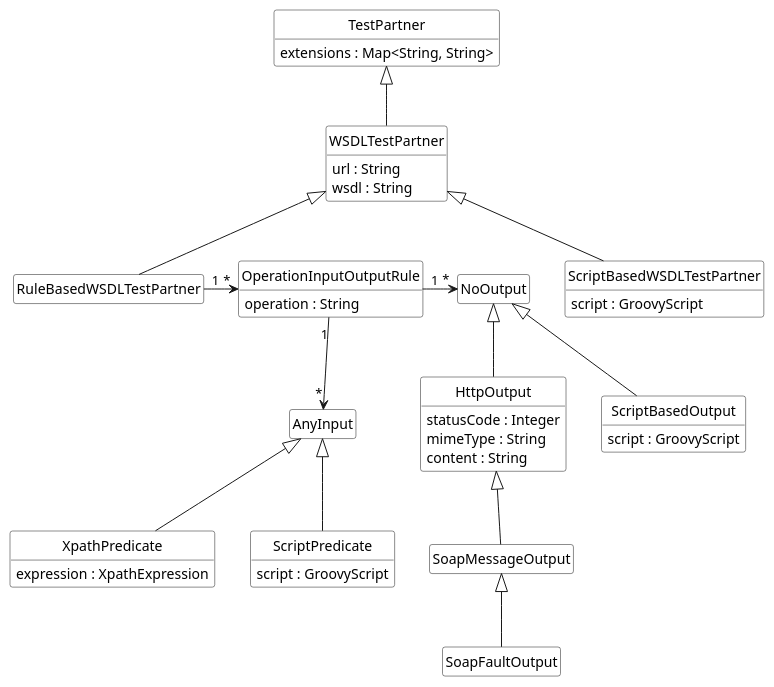
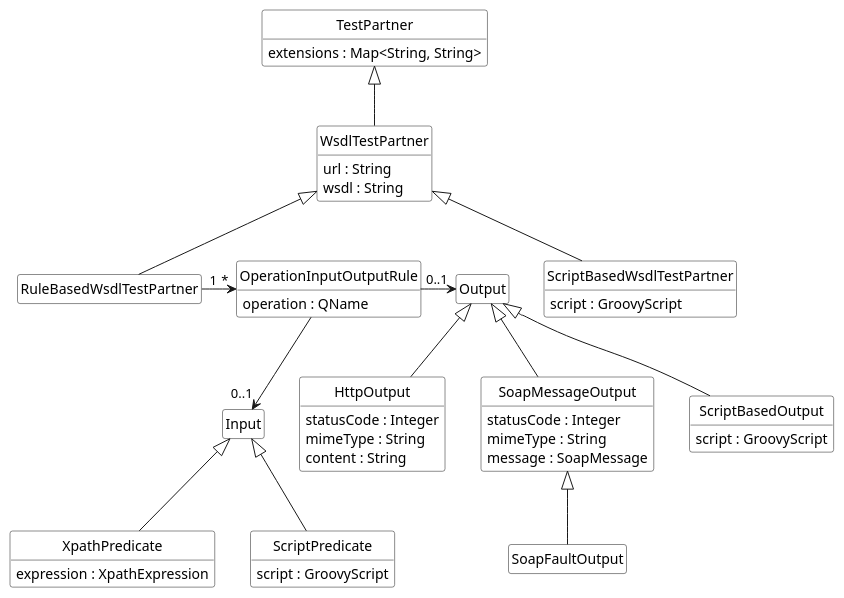
Before and after one commit to uniba-dsg/betsy: the diagram in pebl/doc/benchmark-test-partner.puml, drawn with PlantUML. The commit also changed 1 other file, not shown here.

Commit message:
More specific types, simplify soap test step

```diff
--- a/pebl/doc/benchmark-test-partner.puml
+++ b/pebl/doc/benchmark-test-partner.puml
@@ -1,59 +1,62 @@
 @startuml
 
-   class WSDLTestPartner extends TestPartner {
+   class WsdlTestPartner extends TestPartner {
      url : String
      wsdl : String
    }
-   class RuleBasedWSDLTestPartner extends WSDLTestPartner
-   class ScriptBasedWSDLTestPartner extends WSDLTestPartner {
+   class RuleBasedWsdlTestPartner extends WsdlTestPartner
+   class ScriptBasedWsdlTestPartner extends WsdlTestPartner {
      script : GroovyScript
    }
 
    class OperationInputOutputRule {
-        operation : String
+        operation : QName
    }
 
 
 
-   class AnyInput
-   class XpathPredicate extends AnyInput {
+   class Input
+   class XpathPredicate extends Input {
      expression : XpathExpression
    }
-   class ScriptPredicate extends AnyInput {
+   class ScriptPredicate extends Input {
       script : GroovyScript
    }
 
 
-   class NoOutput
-   class HttpOutput extends NoOutput {
+   class Output
+   class HttpOutput extends Output {
        statusCode : Integer
        mimeType : String
        content : String
    }
-   class SoapMessageOutput extends HttpOutput {
+   class SoapMessageOutput extends Output {
+        statusCode : Integer
+        mimeType : String
+      message : SoapMessage
       }
    class SoapFaultOutput extends SoapMessageOutput
-   class ScriptBasedOutput extends NoOutput {
+   class ScriptBasedOutput extends Output {
        script : GroovyScript
    }
 
 
 
 	class TestPartner {
 	 extensions : Map<String, String>
 	}
 
 
-RuleBasedWSDLTestPartner "1" -right-> "*" OperationInputOutputRule
-OperationInputOutputRule "1" -down-> "*" AnyInput
-OperationInputOutputRule "1" -right-> "*" NoOutput
+RuleBasedWsdlTestPartner "1" -right-> "*" OperationInputOutputRule
+OperationInputOutputRule -down-> "0..1" Input
+OperationInputOutputRule -right-> "0..1" Output
 
 hide empty members
 hide empty methods
 hide circle
 
 skinparam monochrome true
 skinparam shadowing false
 skinparam packageStyle rect
 skinparam classBackgroundColor white
 @enduml
```
